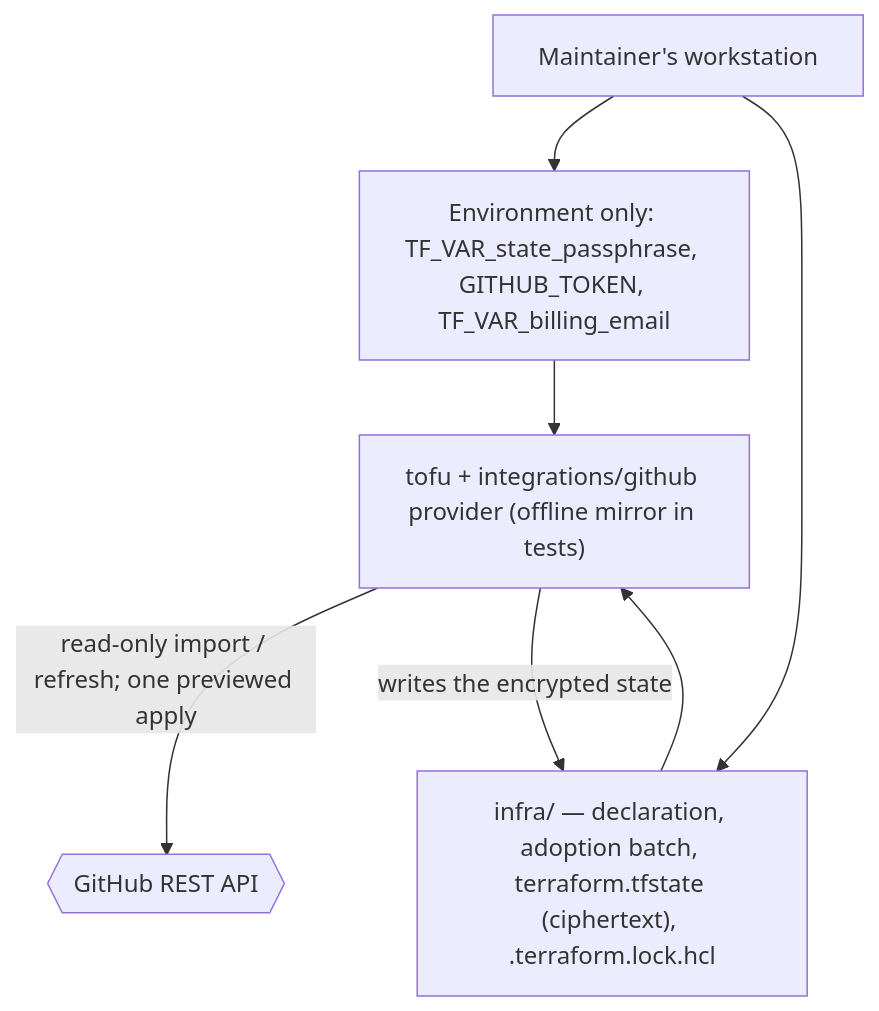
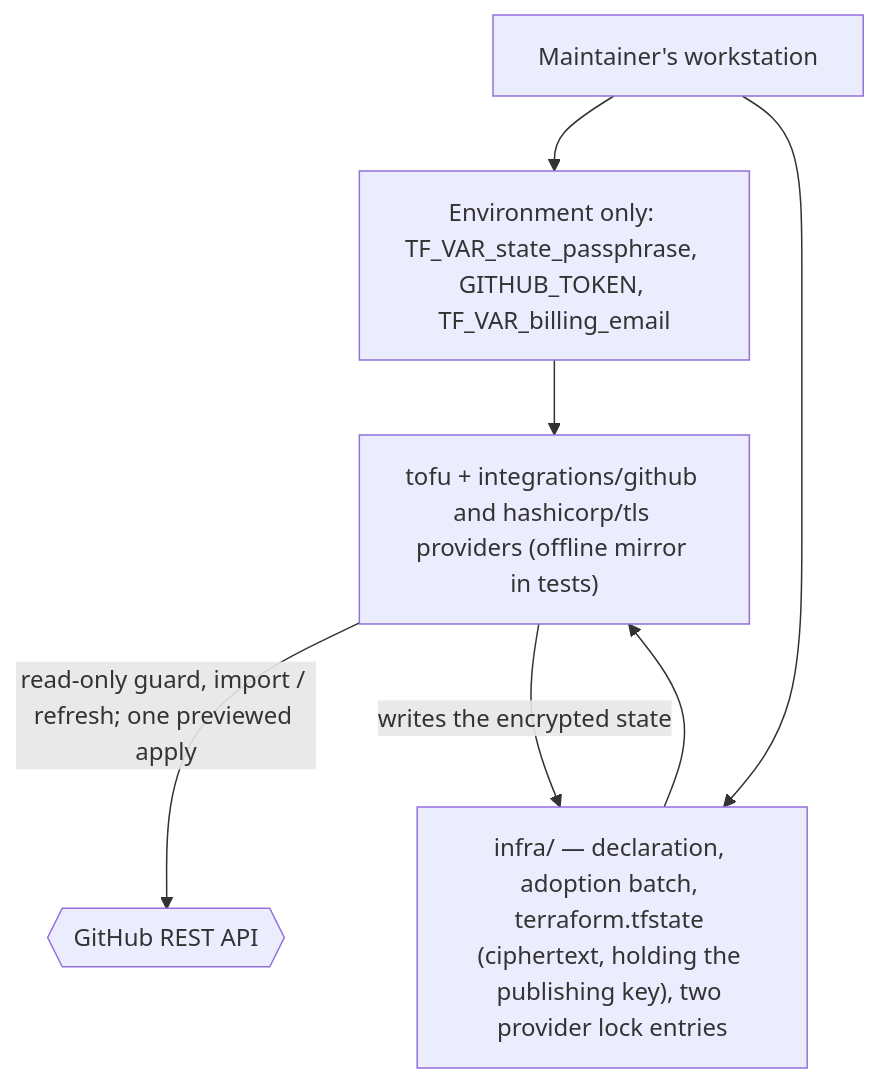
One commit to duty2cal/duty2cal changed the second of 2 diagrams in docs/arc42/07-deployment-view.md. Above: the diagram before and after it, drawn with Mermaid. The commit also changed other lines of this file and 44 other files, not shown here.

````diff
--- a/docs/arc42/07-deployment-view.md
+++ b/docs/arc42/07-deployment-view.md
@@ -112,12 +112,12 @@
 ```mermaid
 flowchart TB
   ws["Maintainer's workstation"]
-  decl["infra/ — declaration, adoption batch, terraform.tfstate (ciphertext), .terraform.lock.hcl"]
+  decl["infra/ — declaration, adoption batch, terraform.tfstate (ciphertext, holding the publishing key), two provider lock entries"]
   env["Environment only: TF_VAR_state_passphrase, GITHUB_TOKEN, TF_VAR_billing_email"]
-  tool["tofu + integrations/github provider (offline mirror in tests)"]
+  tool["tofu + integrations/github and hashicorp/tls providers (offline mirror in tests)"]
   gh{{"GitHub REST API"}}
   ws --> env --> tool
   ws --> decl --> tool
-  tool -->|"read-only import / refresh; one previewed apply"| gh
+  tool -->|"read-only guard, import / refresh; one previewed apply"| gh
   tool -->|"writes the encrypted state"| decl
 ```
````
